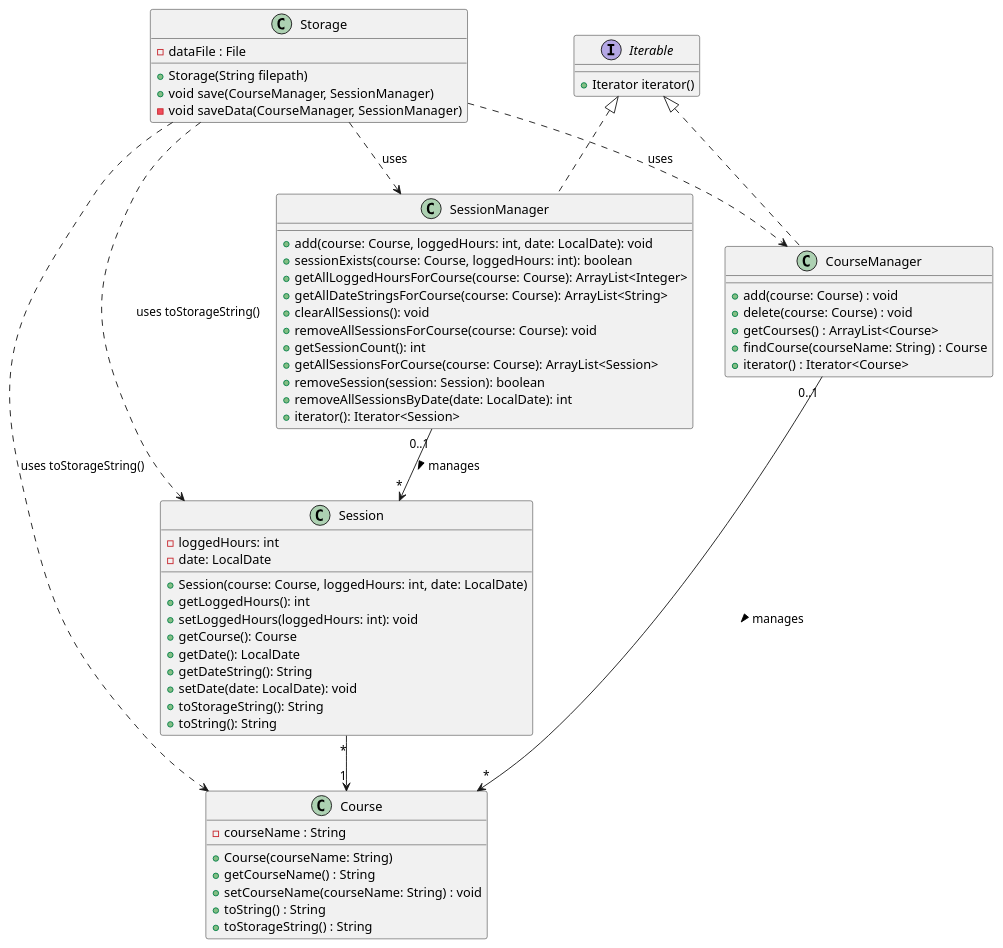
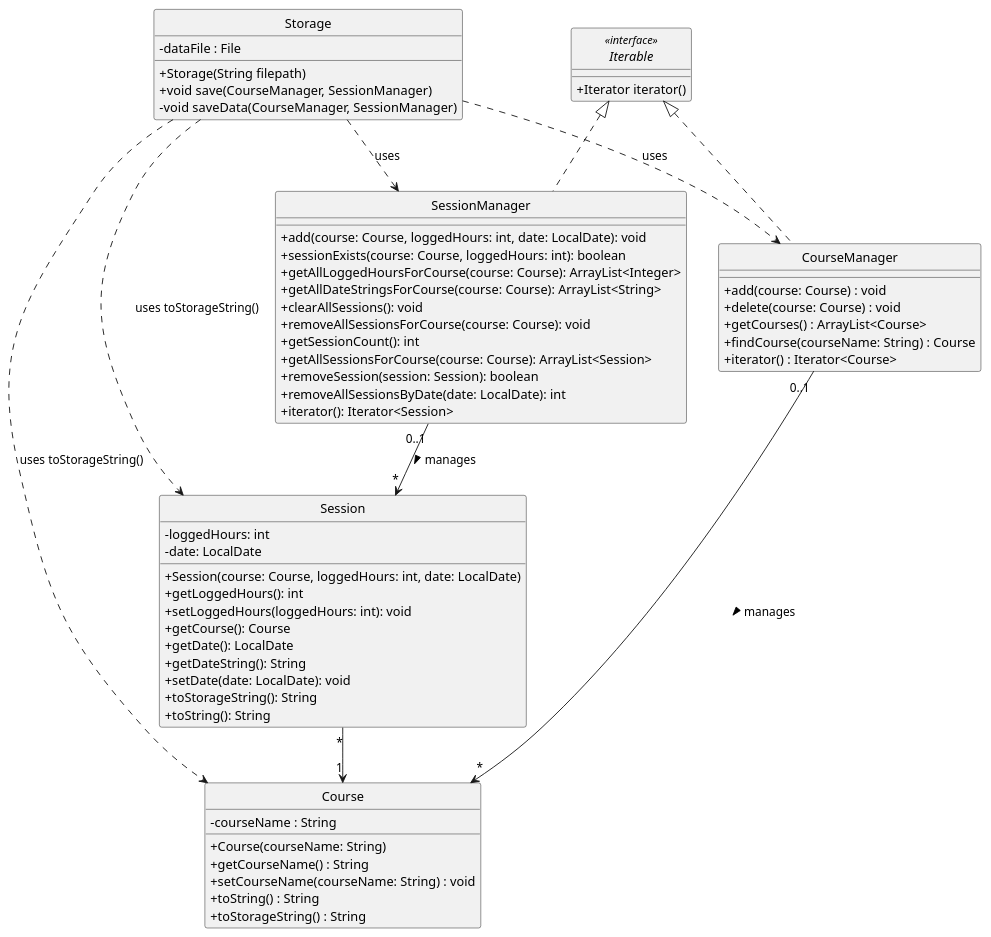
Before and after one commit to t-kandasami/tp: the diagram in docs/diagrams/StorageClassDiagram.puml, drawn with PlantUML. The commit also changed 3 other files, not shown here.

Commit message:
docs: Update class diagram to match course requirement

```diff
--- a/docs/diagrams/StorageClassDiagram.puml
+++ b/docs/diagrams/StorageClassDiagram.puml
@@ -1,74 +1,76 @@
 @startuml
+skinparam ClassAttributeIconSize 0
+hide circle
 
 class Storage {
     - dataFile : File
     + Storage(String filepath)
     + void save(CourseManager, SessionManager)
     - void saveData(CourseManager, SessionManager)
 }
 
 class Course {
     - courseName : String
     + Course(courseName: String)
     + getCourseName() : String
     + setCourseName(courseName: String) : void
     + toString() : String
     + toStorageString() : String
 }
 
 class Session {
     - loggedHours: int
     - date: LocalDate
 
     + Session(course: Course, loggedHours: int, date: LocalDate)
     + getLoggedHours(): int
     + setLoggedHours(loggedHours: int): void
     + getCourse(): Course
     + getDate(): LocalDate
     + getDateString(): String
     + setDate(date: LocalDate): void
     + toStorageString(): String
     + toString(): String
 }
 
 class CourseManager {
     + add(course: Course) : void
     + delete(course: Course) : void
     + getCourses() : ArrayList<Course>
     + findCourse(courseName: String) : Course
     + iterator() : Iterator<Course>
 }
 
 class SessionManager {
 
     + add(course: Course, loggedHours: int, date: LocalDate): void
     + sessionExists(course: Course, loggedHours: int): boolean
     + getAllLoggedHoursForCourse(course: Course): ArrayList<Integer>
     + getAllDateStringsForCourse(course: Course): ArrayList<String>
     + clearAllSessions(): void
     + removeAllSessionsForCourse(course: Course): void
     + getSessionCount(): int
     + getAllSessionsForCourse(course: Course): ArrayList<Session>
     + removeSession(session: Session): boolean
     + removeAllSessionsByDate(date: LocalDate): int
     + iterator(): Iterator<Session>
 }
 
 
 Storage ..> CourseManager : uses
 Storage ..> SessionManager : uses
 Storage ..> Course : uses toStorageString()
 Storage ..> Session : uses toStorageString()
 
-interface Iterable {
+interface Iterable <<interface>>{
     + Iterator iterator()
 }
 Iterable<|.. CourseManager
 Iterable <|.. SessionManager
 
 CourseManager "0..1" --> "*" Course : manages >
 SessionManager "0..1" --> "*" Session : manages >
 
 Session "*"-->"1" Course
 
 @enduml
```
